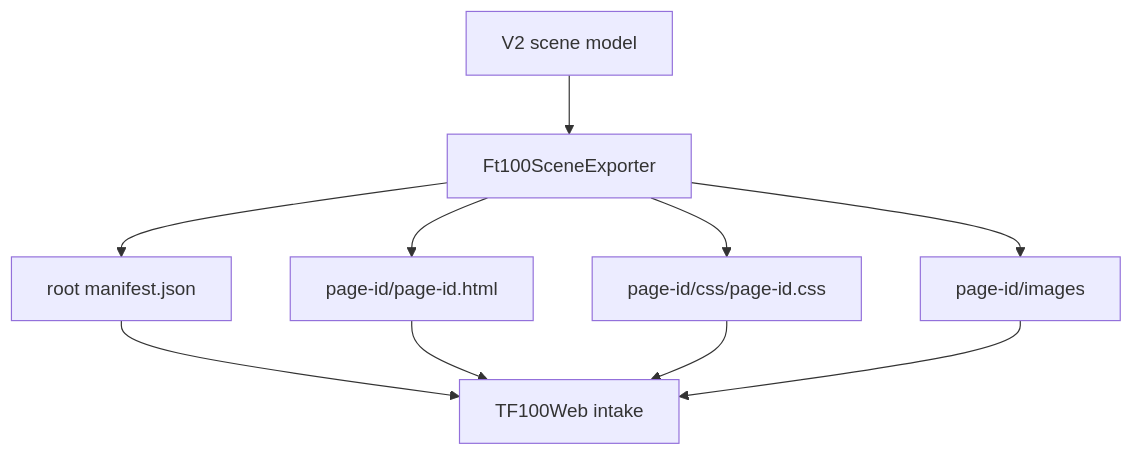
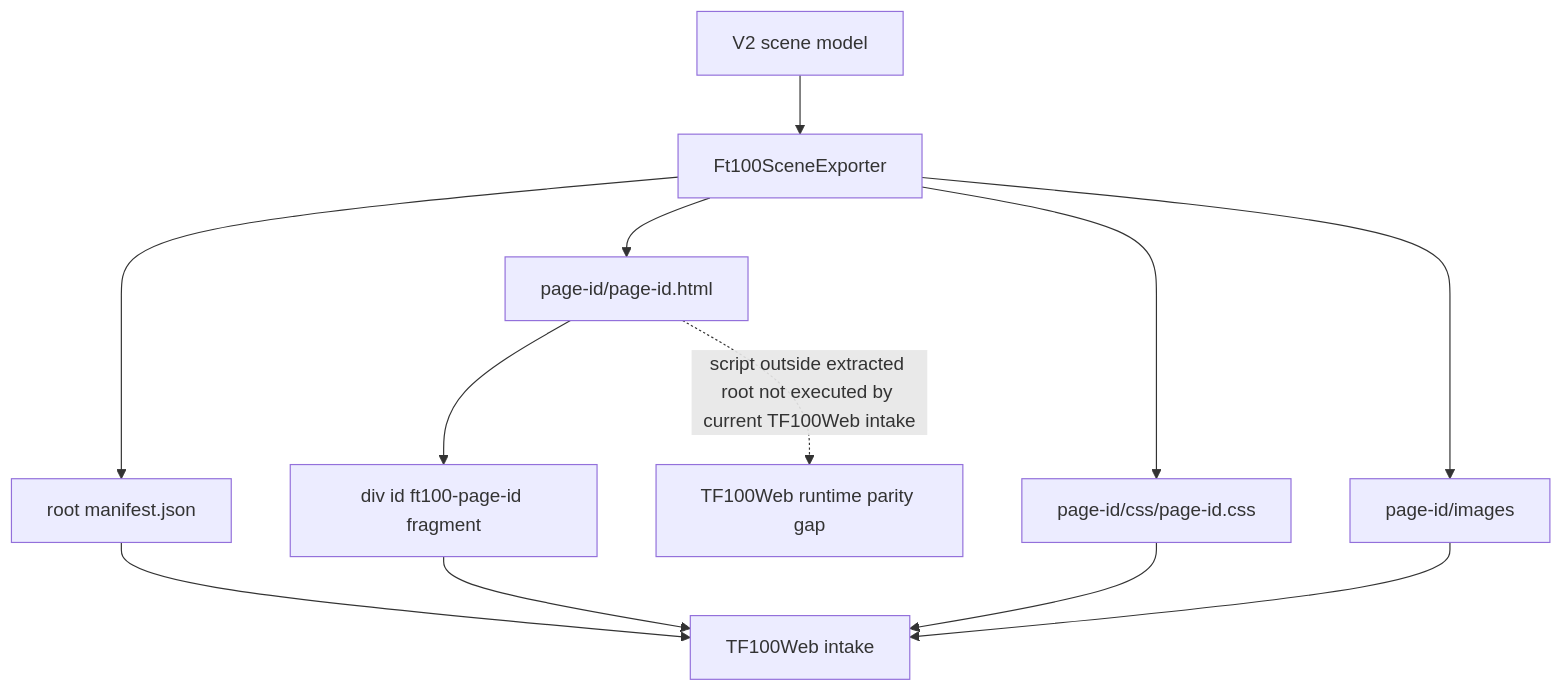
Before and after one commit to technologiesflorizon/scadabuilder: the diagram in docs/03_runtime_contracts/FT100_TF100WEB_PACKAGE_CONTRACT_V2.md, drawn with Mermaid. The commit also changed other lines of this file and 6 other files, not shown here.

Commit message:
docs: align FT100 export contract with TF100Web intake

````diff
--- a/docs/03_runtime_contracts/FT100_TF100WEB_PACKAGE_CONTRACT_V2.md
+++ b/docs/03_runtime_contracts/FT100_TF100WEB_PACKAGE_CONTRACT_V2.md
@@ -70,12 +129,14 @@
 ```mermaid
 flowchart TD
   Scene[V2 scene model] --> Exporter[Ft100SceneExporter]
   Exporter --> RootManifest[root manifest.json]
   Exporter --> PageHtml[page-id/page-id.html]
   Exporter --> PageCss[page-id/css/page-id.css]
   Exporter --> Assets[page-id/images]
   RootManifest --> TF100Web[TF100Web intake]
-  PageHtml --> TF100Web
+  PageHtml --> RootFragment[div id ft100-page-id fragment]
+  RootFragment --> TF100Web
   PageCss --> TF100Web
   Assets --> TF100Web
+  PageHtml -. script outside extracted root not executed by current TF100Web intake .-> Gap[TF100Web runtime parity gap]
 ```
````
